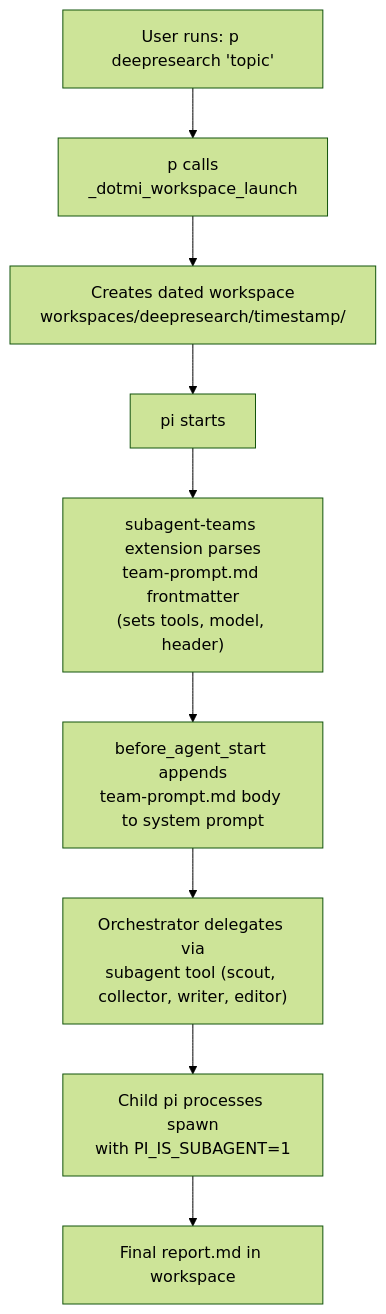
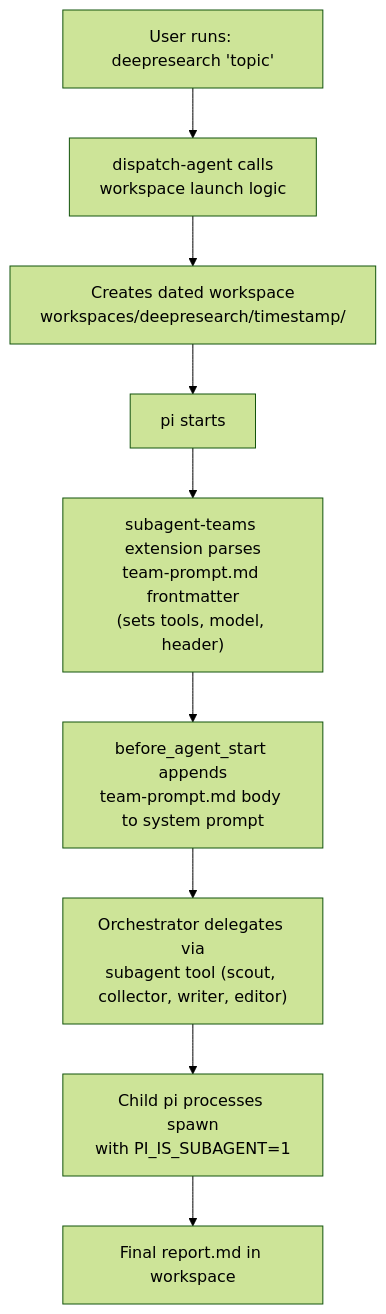
The second of 3 diagrams in docs/architecture.md (PlebeiusGaragicus/dot-pi), drawn with Mermaid (forest theme) before and after one commit. The commit also changed other lines of this file and 51 other files, not shown here.

Commit message:
Update .gitignore, add dispatch-agent script, and enhance installation process with new commands and configurations

````diff
--- a/docs/architecture.md
+++ b/docs/architecture.md
@@ -87,15 +87,15 @@
 ```mermaid
 graph TD
-  WUser["User runs: p deepresearch 'topic'"]
-  WAlias["p calls<br/>_dotmi_workspace_launch"]
+  WUser["User runs: deepresearch 'topic'"]
+  WAlias["dispatch-agent calls<br/>workspace launch logic"]
   WDir["Creates dated workspace<br/>workspaces/deepresearch/timestamp/"]
   WPi["pi starts"]
   WFrontmatter["subagent-teams extension parses<br/>team-prompt.md frontmatter<br/>(sets tools, model, header)"]
   WTeamPrompt["before_agent_start appends<br/>team-prompt.md body to system prompt"]
   WSubagent["Orchestrator delegates via<br/>subagent tool (scout, collector, writer, editor)"]
   WChild["Child pi processes spawn<br/>with PI_IS_SUBAGENT=1"]
   WReport["Final report.md in workspace"]
 
   WUser --> WAlias --> WDir --> WPi
   WPi --> WFrontmatter --> WTeamPrompt --> WSubagent --> WChild --> WReport
 ```
````
